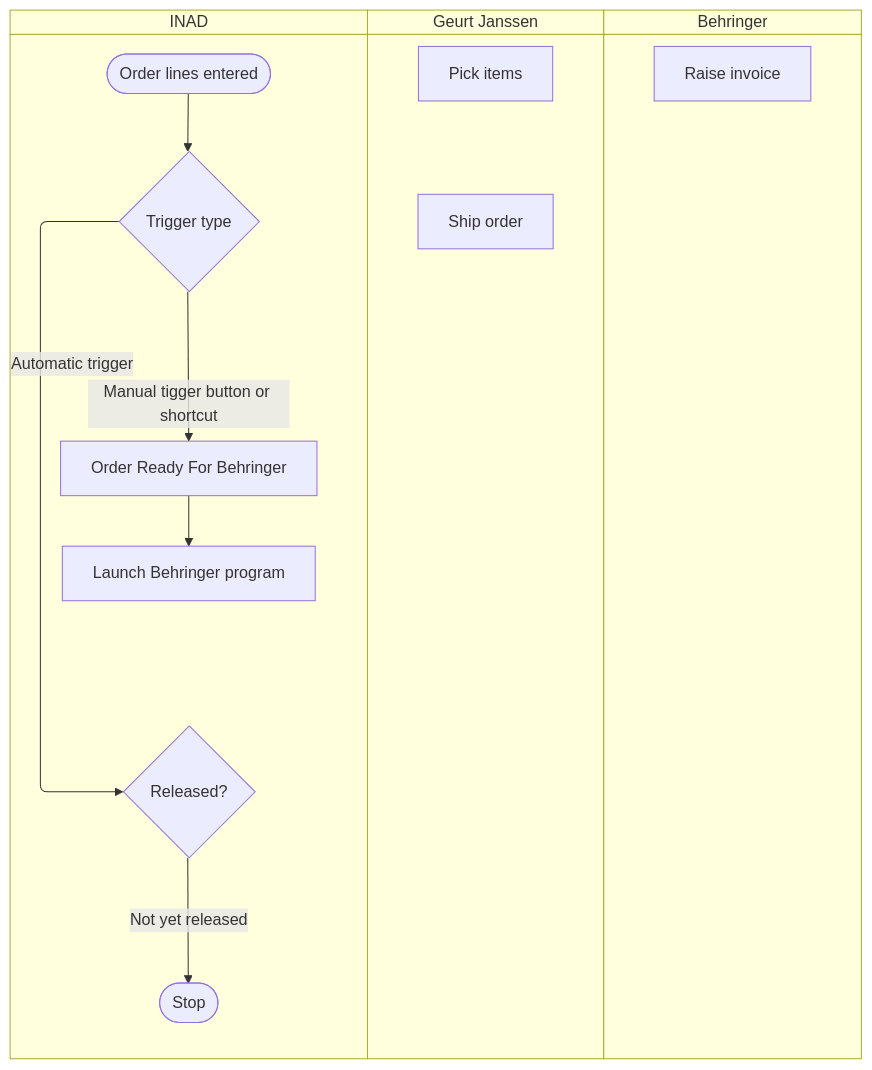
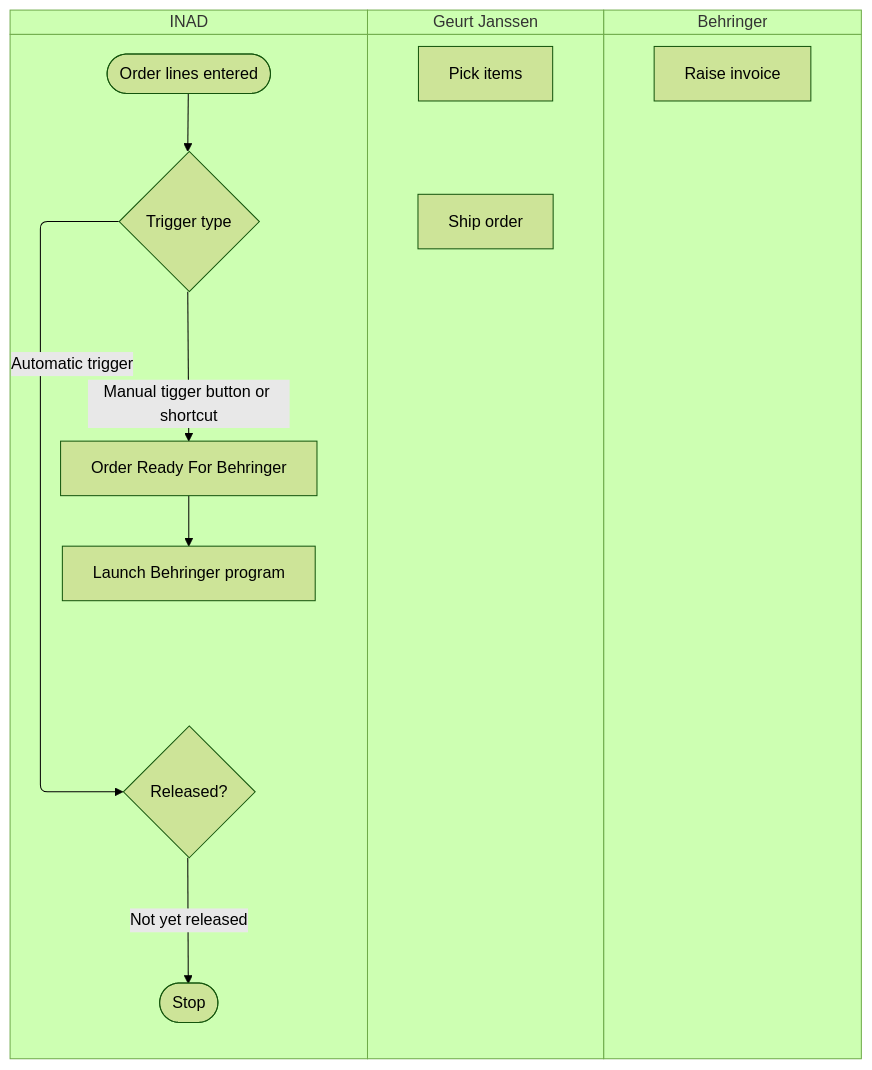
The diagram in README.md (tmloosbr/inadbehringer), drawn with Mermaid before and after one commit.

````diff
--- a/README.md
+++ b/README.md
@@ -3,24 +3,31 @@
 ```mermaid
+---
+config:
+  theme: forest
+  look: classic
+---
+
+
 swimlane-beta TB
   subgraph INAD
     OrderLinesEntered([Order lines entered])
     TriggerType{Trigger type}
 Released{Released?}
 OrderReadyForBehringer[Order Ready For Behringer]
 LaunchBehringerProgram[Launch Behringer program]
 Stop([Stop])
   end
   subgraph Geurt Janssen
     Pick[Pick items]
     Ship[Ship order]
   end
   subgraph Behringer
     Invoice[Raise invoice]
   end
 OrderLinesEntered --> TriggerType
 TriggerType --> |Automatic trigger| Released
 TriggerType --> |Manual tigger button or shortcut| OrderReadyForBehringer
 Released --> |Not yet released| Stop 
 OrderReadyForBehringer --> LaunchBehringerProgram
 
 ```
````
